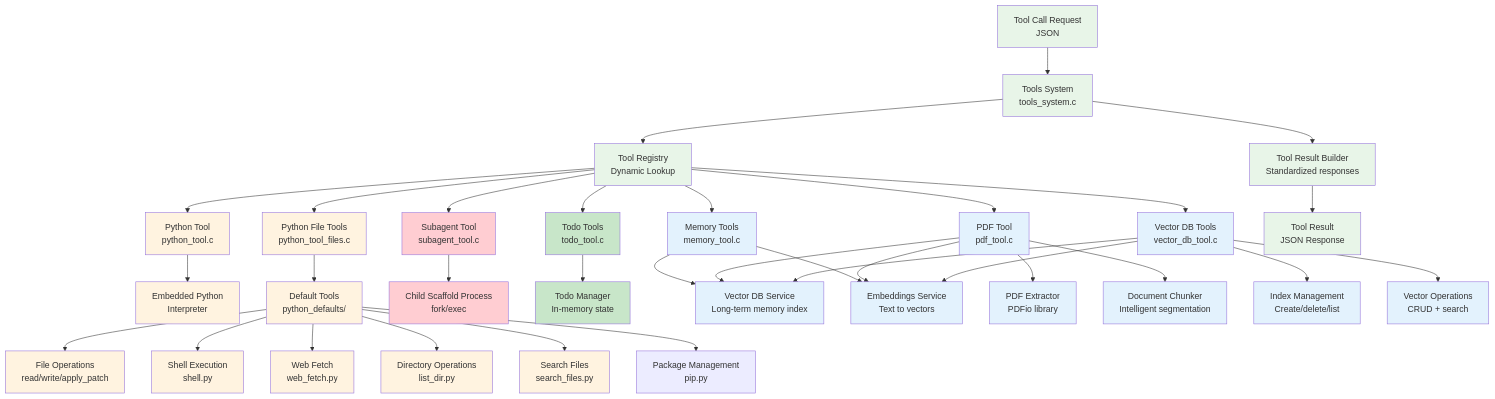
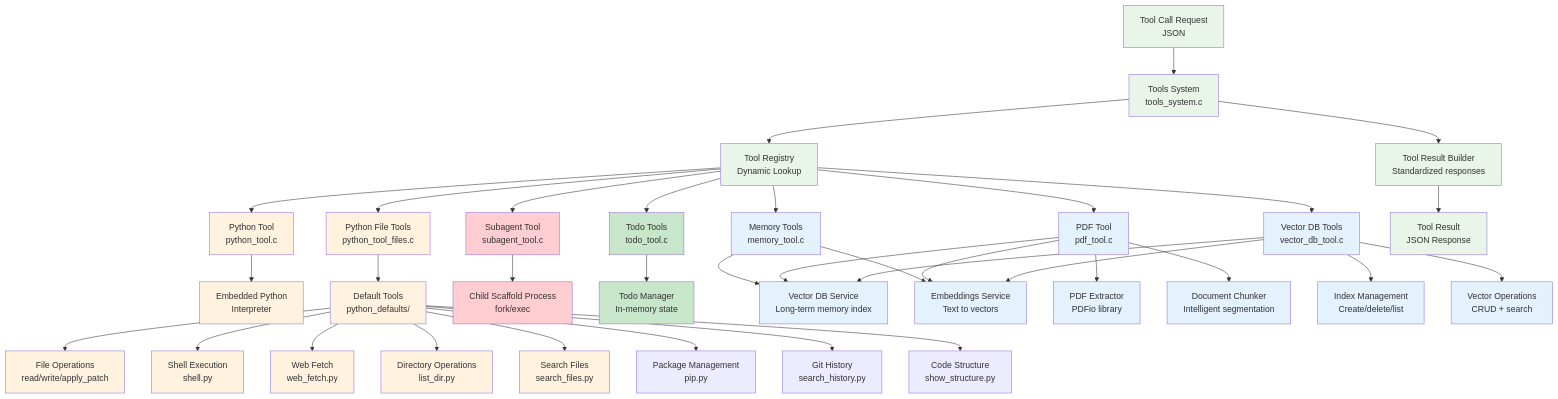
Before and after one commit to tgittos/scaffold: the seventh of 20 diagrams in ARCHITECTURE.md, drawn with Mermaid. The commit also changed other lines of this file and 8 other files, not shown here.

````diff
--- a/ARCHITECTURE.md
+++ b/ARCHITECTURE.md
@@ -371,55 +371,57 @@
 ```mermaid
 graph TB
     ToolCall[Tool Call Request<br/>JSON] --> ToolSystem[Tools System<br/>tools_system.c]
     ToolSystem --> ToolRegistry[Tool Registry<br/>Dynamic Lookup]
 
     ToolRegistry --> PythonTool[Python Tool<br/>python_tool.c]
     ToolRegistry --> MemoryTools[Memory Tools<br/>memory_tool.c]
     ToolRegistry --> PDFTools[PDF Tool<br/>pdf_tool.c]
     ToolRegistry --> VectorDBTools[Vector DB Tools<br/>vector_db_tool.c]
     ToolRegistry --> SubagentTool[Subagent Tool<br/>subagent_tool.c]
     ToolRegistry --> PythonFileTools[Python File Tools<br/>python_tool_files.c]
     ToolRegistry --> TodoTools[Todo Tools<br/>todo_tool.c]
 
     PythonTool --> PythonInterpreter[Embedded Python<br/>Interpreter]
 
     PythonFileTools --> DefaultTools[Default Tools<br/>python_defaults/]
     DefaultTools --> FileOps[File Operations<br/>read/write/apply_patch]
     DefaultTools --> ShellOp[Shell Execution<br/>shell.py]
     DefaultTools --> WebFetch[Web Fetch<br/>web_fetch.py]
     DefaultTools --> DirOps[Directory Operations<br/>list_dir.py]
     DefaultTools --> SearchOp[Search Files<br/>search_files.py]
     DefaultTools --> PipTools[Package Management<br/>pip.py]
+    DefaultTools --> SearchHistory[Git History<br/>search_history.py]
+    DefaultTools --> ShowStructure[Code Structure<br/>show_structure.py]
 
     SubagentTool --> ChildProcess[Child Scaffold Process<br/>fork/exec]
 
     TodoTools --> TodoMgr[Todo Manager<br/>In-memory state]
 
     MemoryTools --> VectorDBSvc[Vector DB Service<br/>Long-term memory index]
     MemoryTools --> EmbeddingsSvc[Embeddings Service<br/>Text to vectors]
 
     PDFTools --> PDFExtractor[PDF Extractor<br/>PDFio library]
     PDFTools --> DocumentChunker[Document Chunker<br/>Intelligent segmentation]
     PDFTools --> VectorDBSvc
     PDFTools --> EmbeddingsSvc
 
     VectorDBTools --> VectorDBSvc
     VectorDBTools --> EmbeddingsSvc
     VectorDBTools --> IndexMgmt[Index Management<br/>Create/delete/list]
     VectorDBTools --> VectorOps[Vector Operations<br/>CRUD + search]
 
     ToolSystem --> ToolResultBuilder[Tool Result Builder<br/>Standardized responses]
     ToolResultBuilder --> ToolResult[Tool Result<br/>JSON Response]
 
     classDef toolCore fill:#e8f5e8
     classDef toolImpl fill:#c8e6c9
     classDef vectorTools fill:#e3f2fd
     classDef pythonTools fill:#fff3e0
     classDef external fill:#ffcdd2
 
     class ToolCall,ToolSystem,ToolRegistry,ToolResult,ToolResultBuilder toolCore
     class TodoTools,TodoMgr toolImpl
     class MemoryTools,PDFTools,VectorDBTools,VectorDBSvc,EmbeddingsSvc,PDFExtractor,DocumentChunker,IndexMgmt,VectorOps vectorTools
     class PythonTool,PythonFileTools,DefaultTools,FileOps,ShellOp,WebFetch,DirOps,SearchOp,PythonInterpreter pythonTools
     class SubagentTool,ChildProcess external
 ```
````
